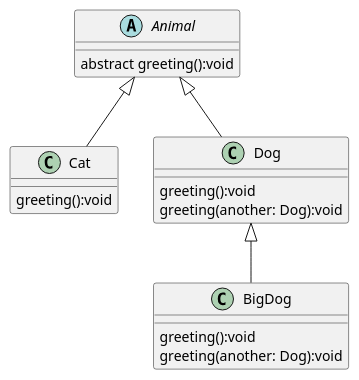
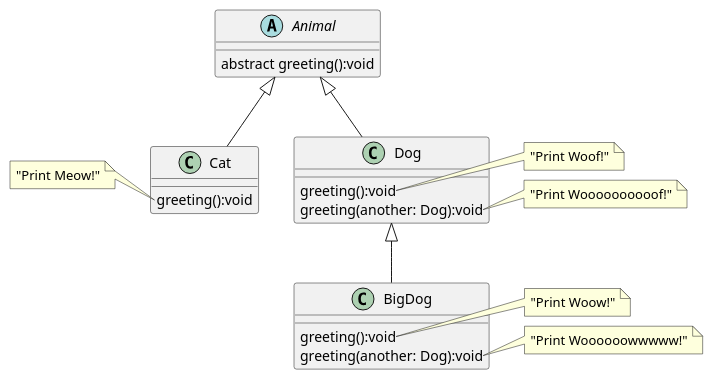
The diagram in ejercicios/src/es/uah/matcomp/mp/e1/ejerciciosclases/HOJA4/6.7 UML.puml (MetodologiaProgMatComp/el1repo-ivan-y-ana), drawn with PlantUML before and after one commit. The commit also changed 34 other files, not shown here.

```diff
--- a/ejercicios/src/es/uah/matcomp/mp/e1/ejerciciosclases/HOJA4/6.7 UML.puml
+++ b/ejercicios/src/es/uah/matcomp/mp/e1/ejerciciosclases/HOJA4/6.7 UML.puml
@@ -1,19 +1,36 @@
 @startuml
 'https://plantuml.com/class-diagram
 
 abstract class Animal{
 abstract greeting():void
 }
 class Cat extends Animal{
 greeting():void
 }
+note left of Cat::void
+  "Print Meow!"
+end note
+
 class Dog extends Animal{
 greeting():void
 greeting(another: Dog):void
 }
+note right of Dog::void
+  "Print Woof!"
+end note
+note right of Dog::"greeting(another: Dog):void"
+  "Print Woooooooooof!"
+end note
+
 class BigDog extends Dog{
 greeting():void
 greeting(another: Dog):void
 }
+note right of BigDog::void
+  "Print Woow!"
+end note
+note right of BigDog::"greeting(another: Dog):void"
+  "Print Woooooowwwww!"
+end note
 
 @enduml
```
